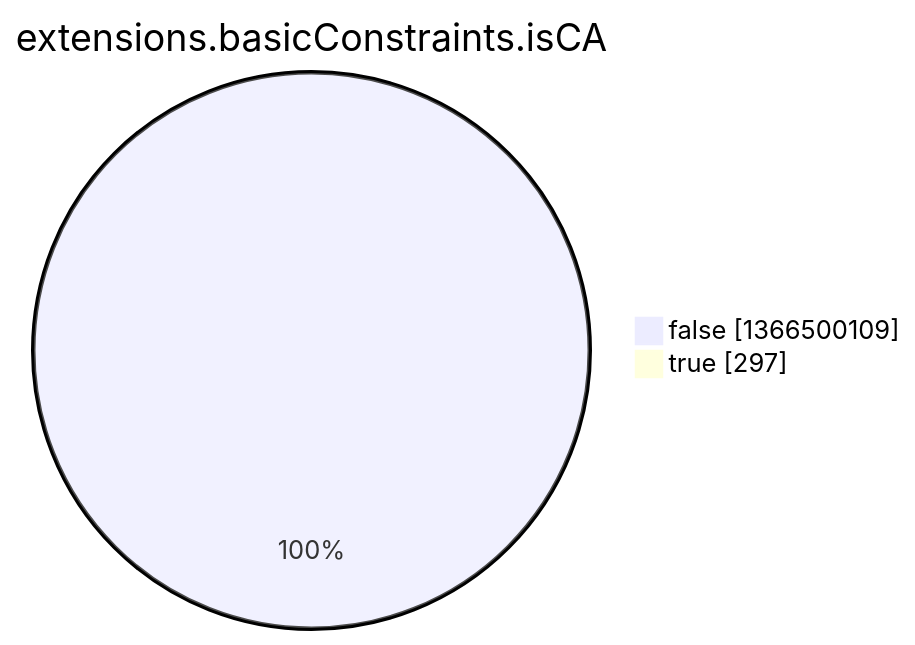
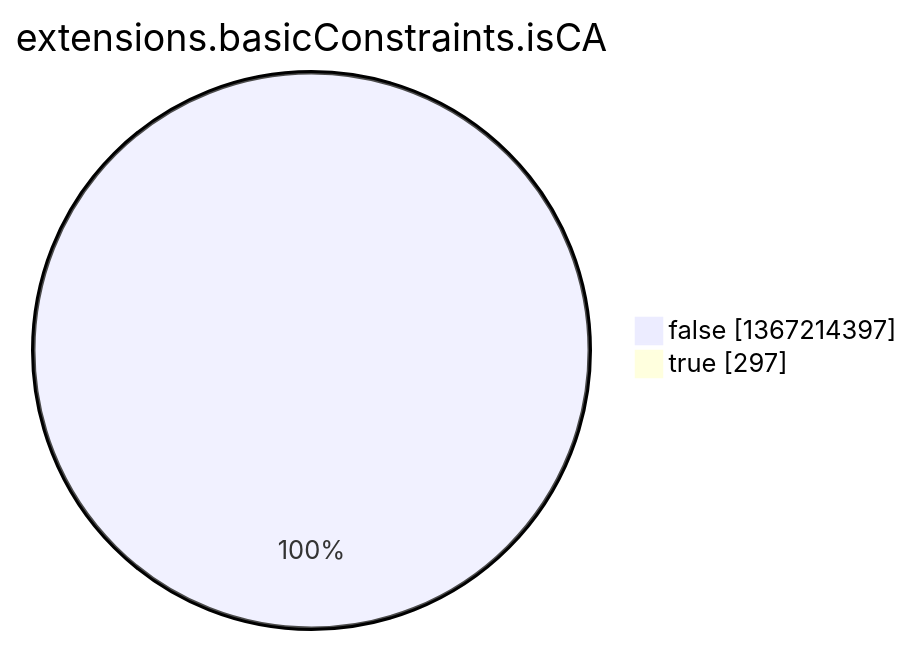
One commit to christiankrug/ctmonitor_visualization changed the eighth of 15 diagrams in argon2022/README.md. Above: the diagram before and after it, drawn with Mermaid. The commit also changed other lines of this file, not shown here.

````diff
--- a/argon2022/README.md
+++ b/argon2022/README.md
@@ -2758,6 +2759,6 @@
 ```mermaid
 pie showData
 title extensions.basicConstraints.isCA
-"false" :1366500109
+"false" :1367214397
 "true" :297
 ```
````
